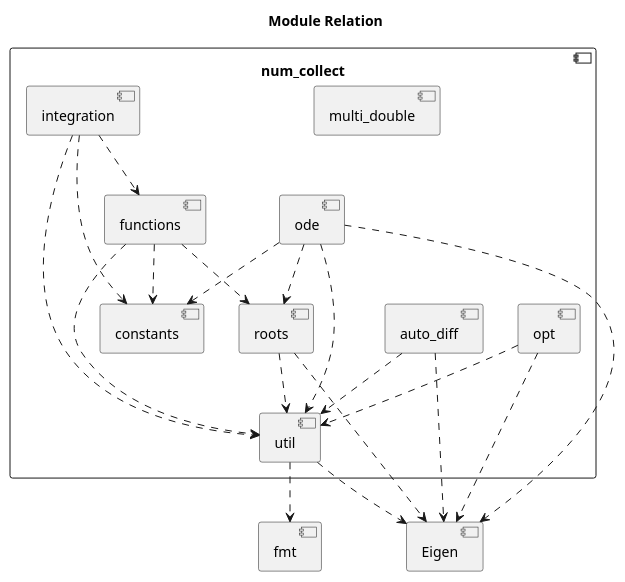
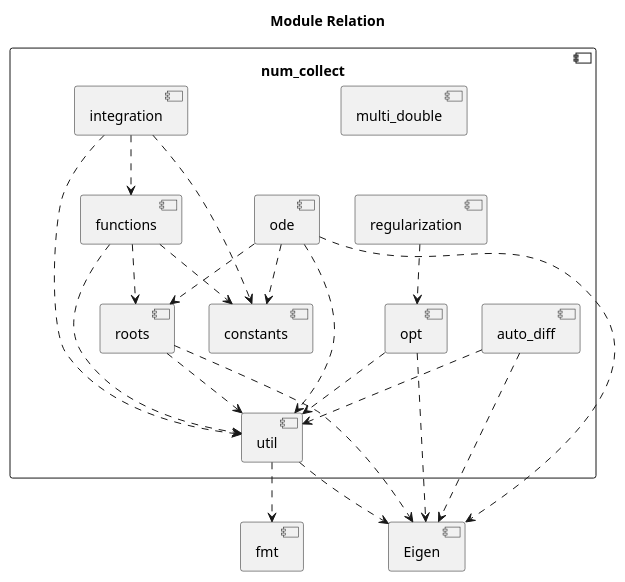
The diagram in doc/sphinx/src/modules.rst (MusicScience37/numerical-collection-cpp), drawn with PlantUML before and after one commit. The commit also changed other lines of this file and 2 other files, not shown here.

Commit message:
doc: Model of regularization

```diff
--- a/doc/sphinx/src/modules.rst
+++ b/doc/sphinx/src/modules.rst
@@ -4,44 +4,47 @@
 .. uml::
 
     title Module Relation
 
     component fmt
     component Eigen
 
     component num_collect {
         component util
         util ..> fmt
         util ..> Eigen
 
         component auto_diff
         auto_diff ..> util
         auto_diff ..> Eigen
 
         component opt
         opt ..> util
         opt ..> Eigen
+
+        component regularization
+        regularization ..> opt
 
         component multi_double
 
         component constants
 
         component roots
         roots ..> util
         roots ..> Eigen
 
         component functions
         functions ..> util
         functions ..> constants
         functions ..> roots
 
         component integration
         integration ..> util
         integration ..> constants
         integration ..> functions
 
         component ode
         ode ..> util
         ode ..> constants
         ode ..> roots
         ode ..> Eigen
     }
```
